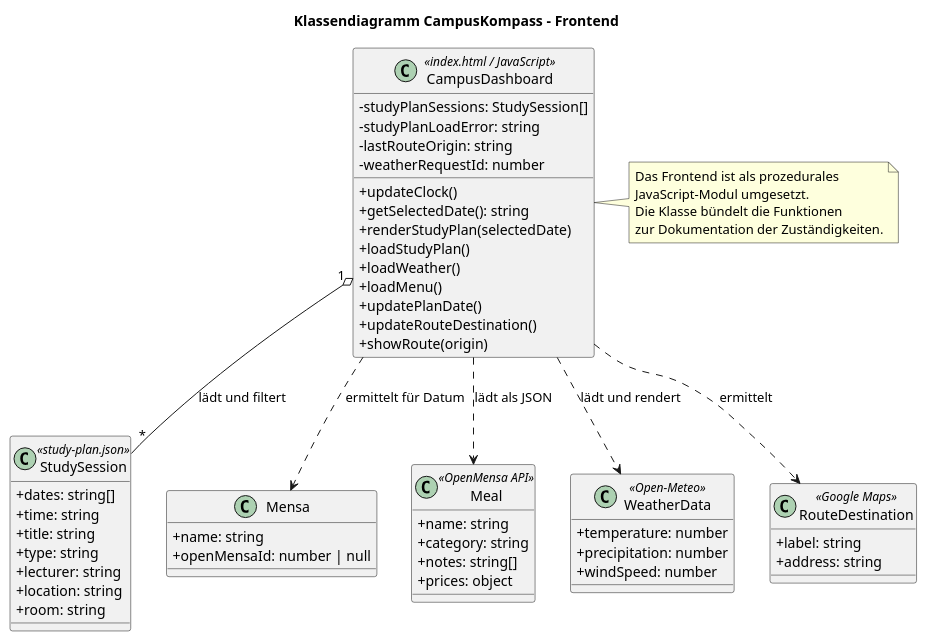
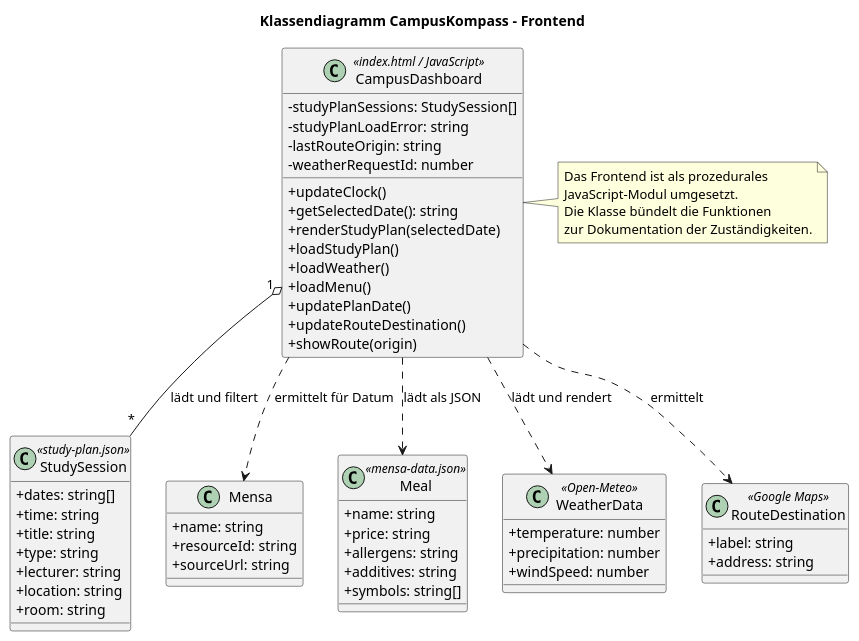
The diagram in modellierung/klassendiagramm_frontend.puml (hsm-se-workshop-2026/campuskompass), drawn with PlantUML before and after one commit. The commit also changed 13 other files, not shown here.

```diff
--- a/modellierung/klassendiagramm_frontend.puml
+++ b/modellierung/klassendiagramm_frontend.puml
@@ -1,68 +1,70 @@
 @startuml
 title Klassendiagramm CampusKompass – Frontend
 
 skinparam classAttributeIconSize 0
 skinparam shadowing false
 
 class CampusDashboard <<index.html / JavaScript>> {
   -studyPlanSessions: StudySession[]
   -studyPlanLoadError: string
   -lastRouteOrigin: string
   -weatherRequestId: number
   +updateClock()
   +getSelectedDate(): string
   +renderStudyPlan(selectedDate)
   +loadStudyPlan()
   +loadWeather()
   +loadMenu()
   +updatePlanDate()
   +updateRouteDestination()
   +showRoute(origin)
 }
 
 class StudySession <<study-plan.json>> {
   +dates: string[]
   +time: string
   +title: string
   +type: string
   +lecturer: string
   +location: string
   +room: string
 }
 
 class Mensa {
   +name: string
-  +openMensaId: number | null
+  +resourceId: string
+  +sourceUrl: string
 }
 
-class Meal <<OpenMensa API>> {
+class Meal <<mensa-data.json>> {
   +name: string
-  +category: string
-  +notes: string[]
-  +prices: object
+  +price: string
+  +allergens: string
+  +additives: string
+  +symbols: string[]
 }
 
 class WeatherData <<Open-Meteo>> {
   +temperature: number
   +precipitation: number
   +windSpeed: number
 }
 
 class RouteDestination <<Google Maps>> {
   +label: string
   +address: string
 }
 
 CampusDashboard "1" o-- "*" StudySession : lädt und filtert
 CampusDashboard ..> Mensa : ermittelt für Datum
 CampusDashboard ..> Meal : lädt als JSON
 CampusDashboard ..> WeatherData : lädt und rendert
 CampusDashboard ..> RouteDestination : ermittelt
 
 note right of CampusDashboard
   Das Frontend ist als prozedurales
   JavaScript-Modul umgesetzt.
   Die Klasse bündelt die Funktionen
   zur Dokumentation der Zuständigkeiten.
 end note
 @enduml
```
